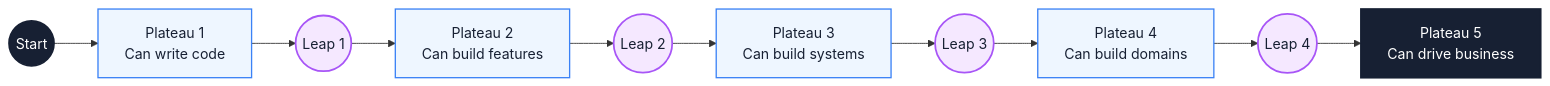
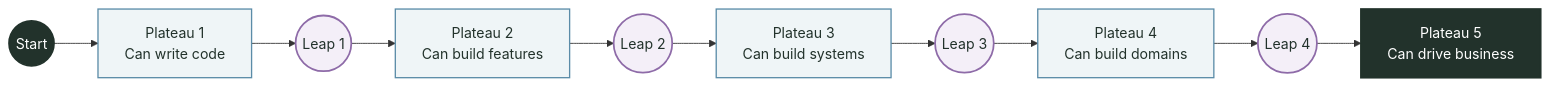
The second of 3 diagrams in docs/en/career/growth-path.md (Fatejian/frontier-vault), drawn with Mermaid before and after one commit. The commit also changed other lines of this file and 63 other files, not shown here.

````diff
--- a/docs/en/career/growth-path.md
+++ b/docs/en/career/growth-path.md
@@ -99,23 +99,23 @@
 ```mermaid
 flowchart LR
     P1((Start))
     P2["Plateau 1<br/>Can write code"]
     P3((Leap 1))
     P4["Plateau 2<br/>Can build features"]
     P5((Leap 2))
     P6["Plateau 3<br/>Can build systems"]
     P7((Leap 3))
     P8["Plateau 4<br/>Can build domains"]
     P9((Leap 4))
     P10["Plateau 5<br/>Can drive business"]
 
     P1 --> P2 --> P3 --> P4 --> P5 --> P6 --> P7 --> P8 --> P9 --> P10
 
-    classDef core fill:#172033,color:#fff,stroke:#172033,stroke-width:2px;
-    classDef wait fill:#EEF6FF,stroke:#3B82F6,color:#172033,stroke-width:1.5px;
-    classDef metric fill:#F5E8FF,stroke:#A855F7,color:#172033,stroke-width:2px;
+    classDef core fill:#22322B,color:#fff,stroke:#22322B,stroke-width:2px;
+    classDef wait fill:#EFF5F7,stroke:#5B8CA8,color:#22322B,stroke-width:1.5px;
+    classDef metric fill:#F4EFF8,stroke:#8E6BA8,color:#22322B,stroke-width:2px;
 
     class P1,P10 core;
     class P2,P4,P6,P8 wait;
     class P3,P5,P7,P9 metric;
 ```
````
